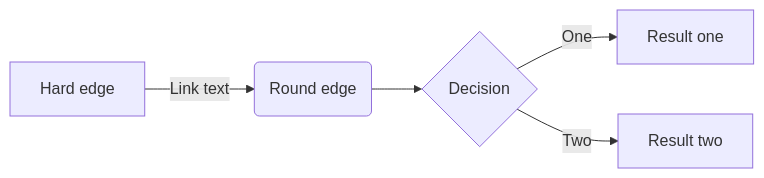
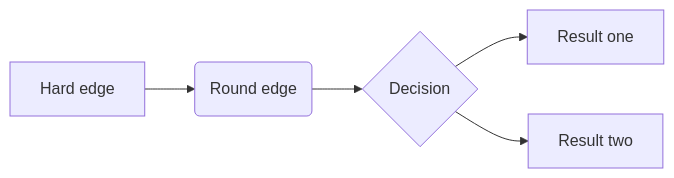
One commit to quarto-dev/quarto-web changed the first of 4 diagrams in docs/authoring/diagrams.qmd. Above: the diagram before and after it, drawn with Mermaid. The commit also changed other lines of this file and 97 other files, not shown here.

Commit message:
add docs on diagrams

````diff
--- a/docs/authoring/diagrams.qmd
+++ b/docs/authoring/diagrams.qmd
@@ -14,8 +11,8 @@
 ```{mermaid}
-%%| echo: true
+%%| echo: fenced
 flowchart LR
-  A[Hard edge] -->|Link text| B(Round edge)
+  A[Hard edge] --> B(Round edge)
   B --> C{Decision}
-  C -->|One| D[Result one]
-  C -->|Two| E[Result two]
+  C --> D[Result one]
+  C --> E[Result two]
 ```
````
